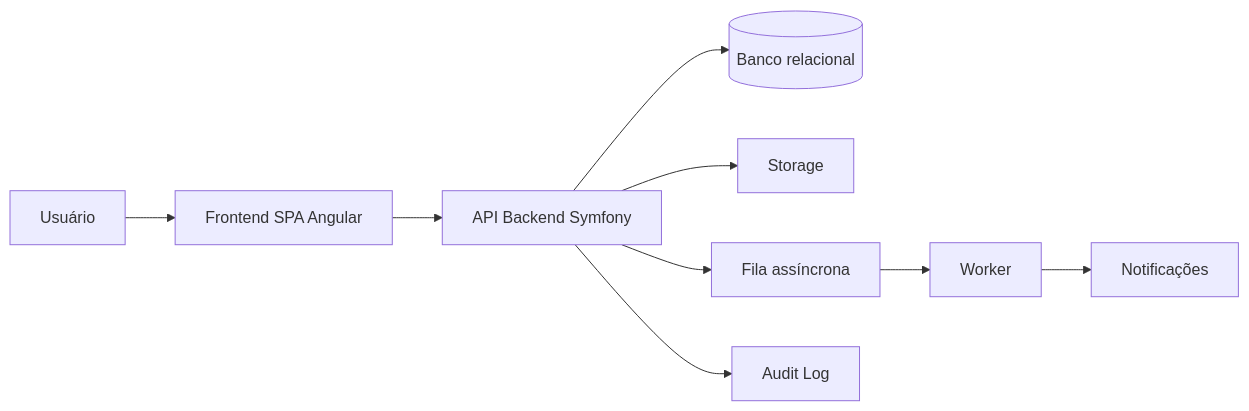
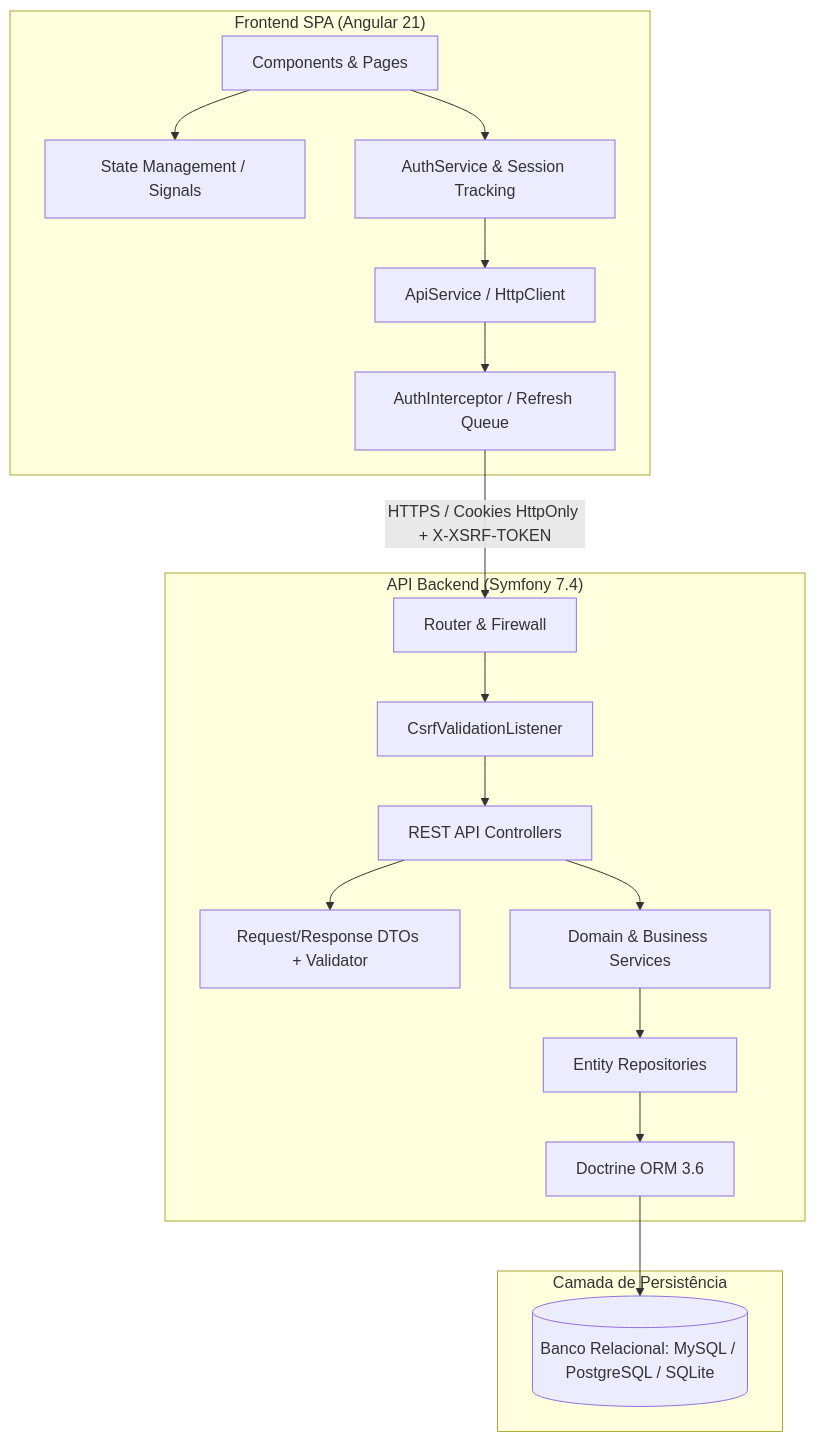
The first of 2 diagrams in README.md (TavaoBR/helper-desk), drawn with Mermaid before and after one commit. The commit also changed other lines of this file and 1 other file, not shown here.

Commit message:
docs(project): update README and environment templates with architecture, setup guide and demo credentials

````diff
--- a/README.md
+++ b/README.md
@@ -91,11 +73,38 @@
 ```mermaid
-flowchart LR
-    U[Usuário] --> FE[Frontend SPA Angular]
-    FE --> API[API Backend Symfony]
-    API --> DB[(Banco relacional)]
-    API --> FS[Storage]
-    API --> Q[Fila assíncrona]
-    Q --> W[Worker]
-    W --> N[Notificações]
-    API --> A[Audit Log]
+flowchart TB
+    subgraph Frontend["Frontend SPA (Angular 21)"]
+        UI[Components & Pages]
+        Signals[State Management / Signals]
+        AuthSvc[AuthService & Session Tracking]
+        Interceptor[AuthInterceptor / Refresh Queue]
+        APIClient[ApiService / HttpClient]
+        UI --> Signals
+        UI --> AuthSvc
+        AuthSvc --> APIClient
+        APIClient --> Interceptor
+    end
+
+    subgraph Backend["API Backend (Symfony 7.4)"]
+        Router[Router & Firewall]
+        Csrf[CsrfValidationListener]
+        Controllers[REST API Controllers]
+        DTOs[Request/Response DTOs + Validator]
+        Services[Domain & Business Services]
+        Repos[Entity Repositories]
+        ORM[Doctrine ORM 3.6]
+        
+        Router --> Csrf
+        Csrf --> Controllers
+        Controllers --> DTOs
+        Controllers --> Services
+        Services --> Repos
+        Repos --> ORM
+    end
+
+    subgraph Storage["Camada de Persistência"]
+        DB[(Banco Relacional: MySQL / PostgreSQL / SQLite)]
+    end
+
+    Interceptor -- "HTTPS / Cookies HttpOnly + X-XSRF-TOKEN" --> Router
+    ORM --> DB
 ```
````
